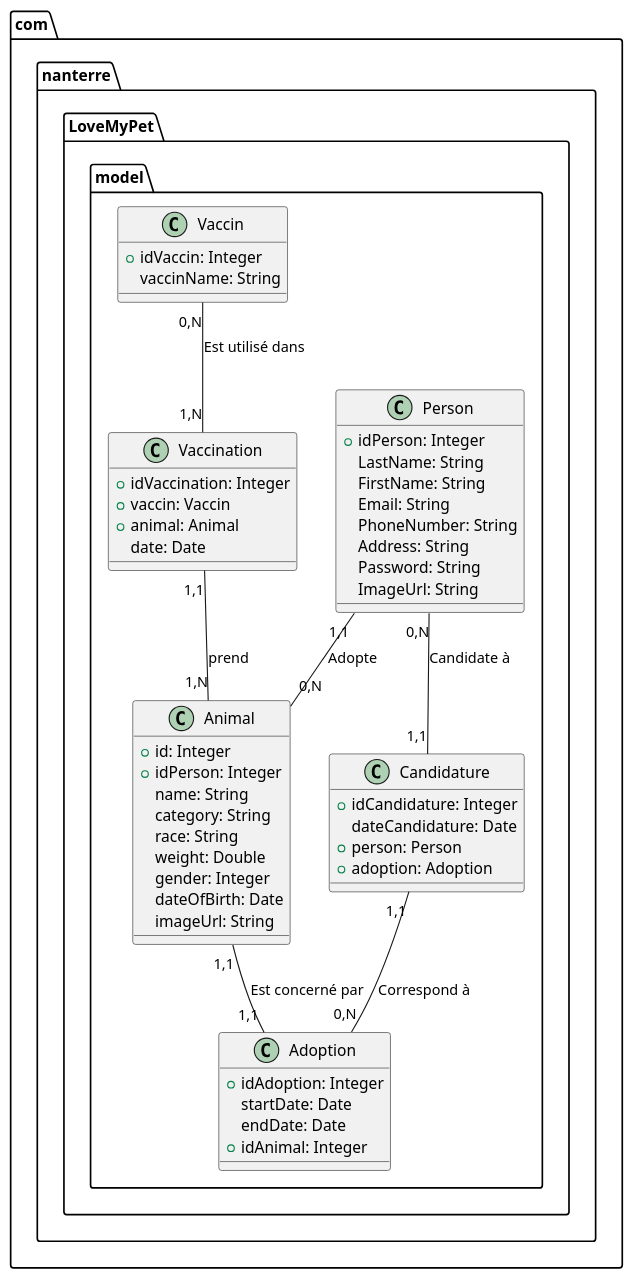
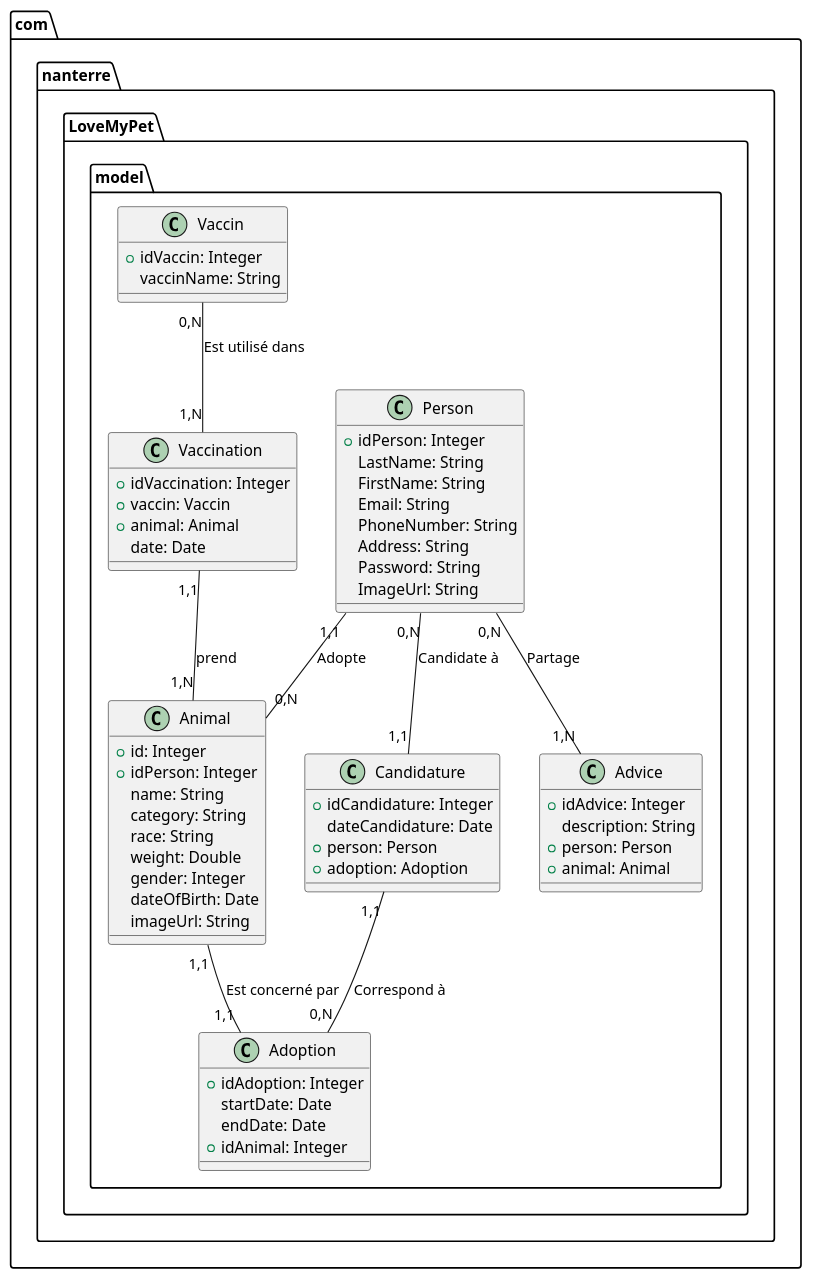
The fifth of 6 diagrams in docs/documentation.adoc (malek62-info/LoveMyPet), drawn with PlantUML before and after one commit. The commit also changed 3 other files, not shown here.

```diff
--- a/docs/documentation.adoc
+++ b/docs/documentation.adoc
@@ -712,66 +712,77 @@
 [plantuml]
 ----
 @startuml
 
 package "com.nanterre.LoveMyPet.model" {
   class Person {
     +idPerson: Integer
     LastName: String
     FirstName: String
     Email: String
     PhoneNumber: String
     Address: String
     Password: String
     ImageUrl: String
   }
 
   class Animal {
     +id: Integer
     +idPerson: Integer
     name: String
     category: String
     race: String
     weight: Double
     gender: Integer
     dateOfBirth: Date
     imageUrl: String
   }
 
   class Adoption {
     +idAdoption: Integer
     startDate: Date
     endDate: Date
     +idAnimal: Integer
   }
 
   class Candidature {
     +idCandidature: Integer
     dateCandidature: Date
     +person: Person
     +adoption: Adoption
   }
 
   class Vaccin {
     +idVaccin: Integer
     vaccinName: String
   }
 
   class Vaccination {
     +idVaccination: Integer
     +vaccin: Vaccin
     +animal: Animal
     date: Date
   }
+
+  class Advice {
+    +idAdvice: Integer
+    description: String
+    +person: Person
+    +animal: Animal
+  }
 }
 
 Person   --  Animal : "1,1" Adopte "0,N"
 Person -- Candidature : "0,N" Candidate à "1,1"
 Animal -- Adoption : "1,1" Est concerné par "1,1"
 Candidature -- Adoption : "1,1" Correspond à "0,N"
 Vaccin -- Vaccination : "0,N" Est utilisé dans "1,N"
 Vaccination -- Animal : "1,1" prend "1,N"
+Person -- Advice : "0,N" Partage "1,N"
+
 
 @enduml
 
 
+
+
 ----
```
